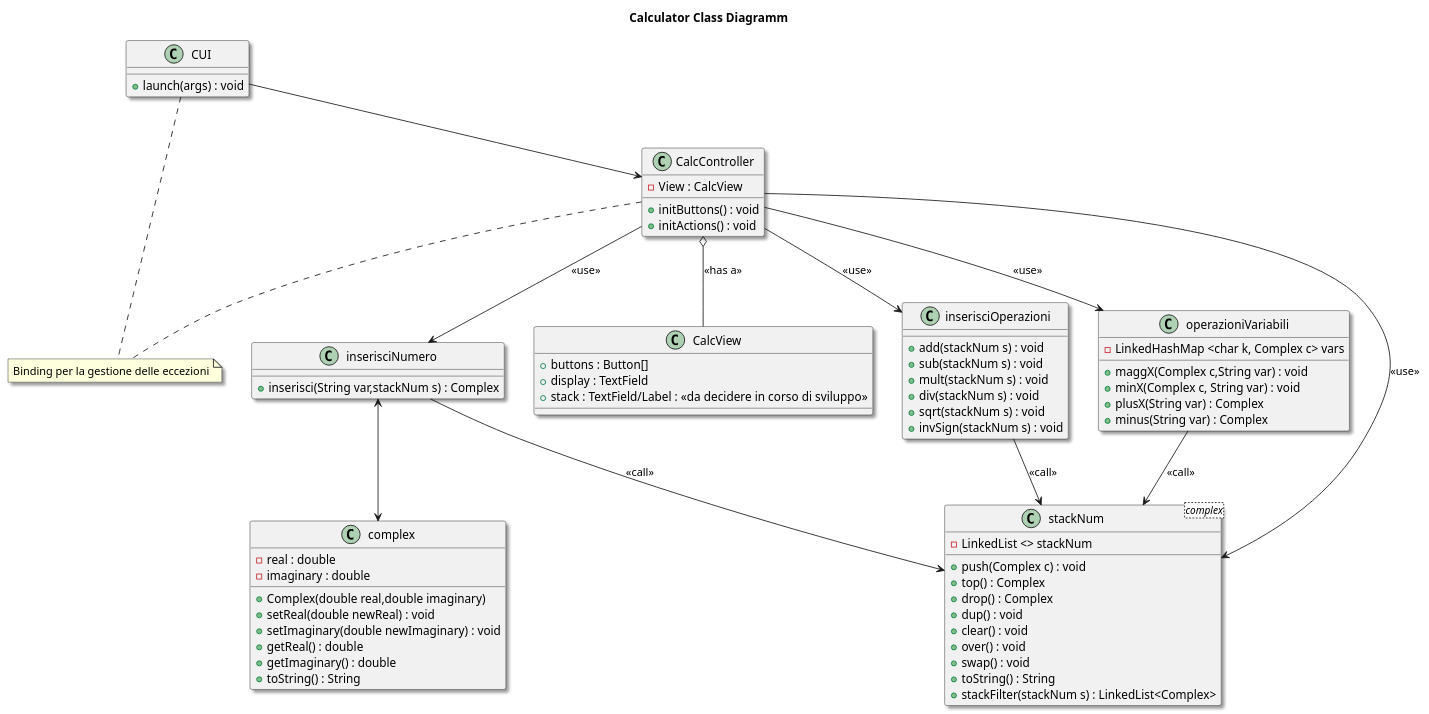
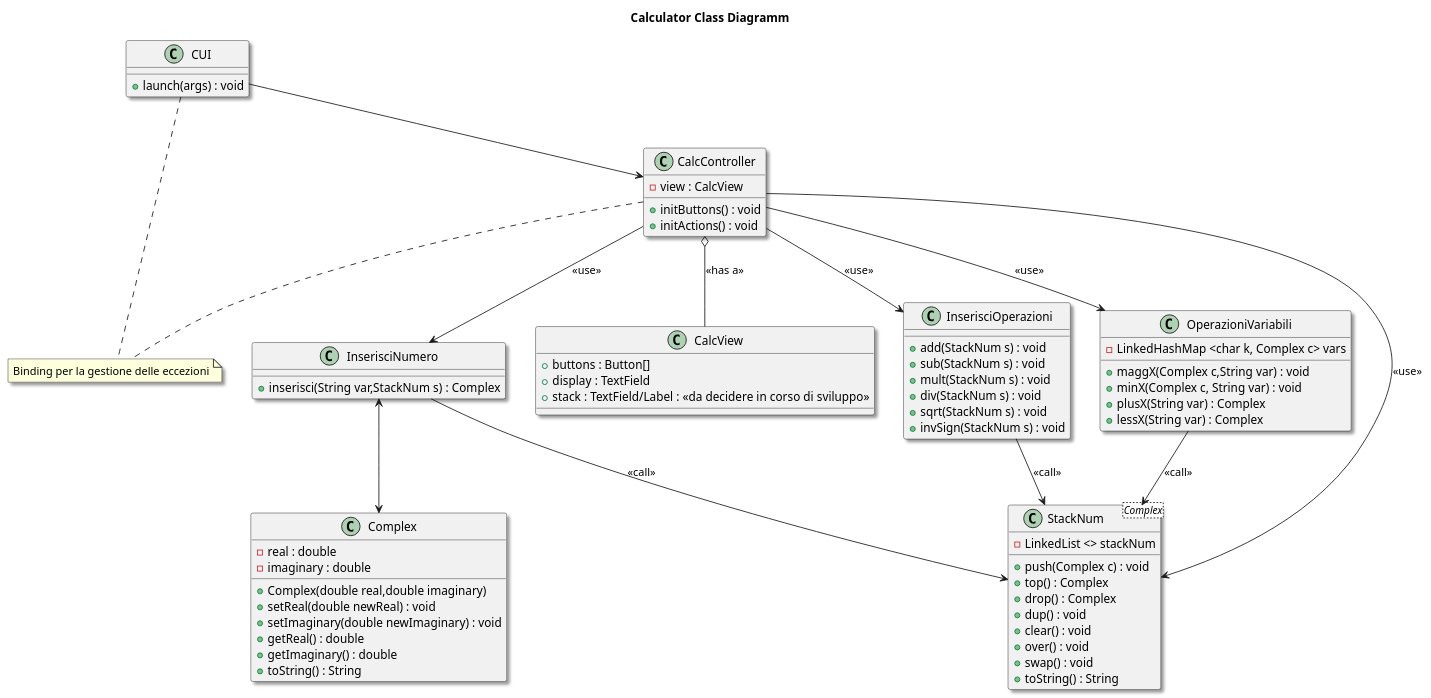
The diagram in CalcolatriceProgrammabile/Diagrams/Class Diagrams/ClassDiagrammDefinitivo.puml (LuciaNancyLavista/Gruppo06_software_eng_L.I.V.P), drawn with PlantUML before and after one commit.

Commit message:
Update ClassDiagramDefinitivo.puml
Update the class diagram with a correction of the classes name

```diff
--- a/CalcolatriceProgrammabile/Diagrams/Class Diagrams/ClassDiagrammDefinitivo.puml
+++ b/CalcolatriceProgrammabile/Diagrams/Class Diagrams/ClassDiagrammDefinitivo.puml
@@ -1,91 +1,90 @@
 @startuml classDiagramm
 skinparam shadowing true
 title Calculator Class Diagramm 
 
 note "Binding per la gestione delle eccezioni" as N1
 
 
-class stackNum<complex>{
+class StackNum<Complex>{
     - LinkedList <> stackNum
     + push(Complex c) : void 
     + top() : Complex
     + drop() : Complex
     + dup() : void
     + clear() : void
     + over() : void
     + swap() : void
     + toString() : String 
-    + stackFilter(stackNum s) : LinkedList<Complex>
 }
 
 
 
 class CUI{
     + launch(args) : void
 }
 
 class CalcController{
-    - View : CalcView
+    - view : CalcView
     + initButtons() : void
     + initActions() : void 
 }
 class CalcView{
     + buttons : Button[]
     + display : TextField
     + stack : TextField/Label : <<da decidere in corso di sviluppo>> 
 }
 
-class inserisciNumero{
-    + inserisci(String var,stackNum s) : Complex 
+class InserisciNumero{
+    + inserisci(String var,StackNum s) : Complex 
 }
 
-class complex{
+class Complex{
     - real : double
     - imaginary : double
     + Complex(double real,double imaginary)
     + setReal(double newReal) : void 
     + setImaginary(double newImaginary) : void
     + getReal() : double
     + getImaginary() : double
     + toString() : String
 }
 
-class inserisciOperazioni{
-    + add(stackNum s) : void
-    + sub(stackNum s) : void 
-    + mult(stackNum s) : void
-    + div(stackNum s) : void
-    + sqrt(stackNum s) : void
-    + invSign(stackNum s) : void
+class InserisciOperazioni{
+    + add(StackNum s) : void
+    + sub(StackNum s) : void 
+    + mult(StackNum s) : void
+    + div(StackNum s) : void
+    + sqrt(StackNum s) : void
+    + invSign(StackNum s) : void
 }
 
-class operazioniVariabili{
+class OperazioniVariabili{
     - LinkedHashMap <char k, Complex c> vars
     + maggX(Complex c,String var) : void
     + minX(Complex c, String var) : void
     + plusX(String var) : Complex
-    + minus(String var) : Complex
+    + lessX(String var) : Complex
 }
 
 CUI --> CalcController
 
 CalcController .. N1
 CUI .. N1
 
-CalcController --> inserisciOperazioni : <<use>>
-CalcController --> inserisciNumero : <<use>>
-CalcController --> stackNum : <<use>>
-CalcController --> operazioniVariabili : <<use>>
+CalcController --> InserisciOperazioni : <<use>>
+CalcController --> InserisciNumero : <<use>>
+CalcController --> StackNum : <<use>>
+CalcController --> OperazioniVariabili : <<use>>
 CalcController o-- CalcView : <<has a>>
 
 
-inserisciNumero <--> complex
+InserisciNumero <--> Complex
 
 
-operazioniVariabili --> stackNum : <<call>>
-inserisciOperazioni --> stackNum : <<call>>
-inserisciNumero --> stackNum : <<call>>
+OperazioniVariabili --> StackNum : <<call>>
+InserisciOperazioni --> StackNum : <<call>>
+InserisciNumero --> StackNum : <<call>>
 
 
 
 @enduml
```
